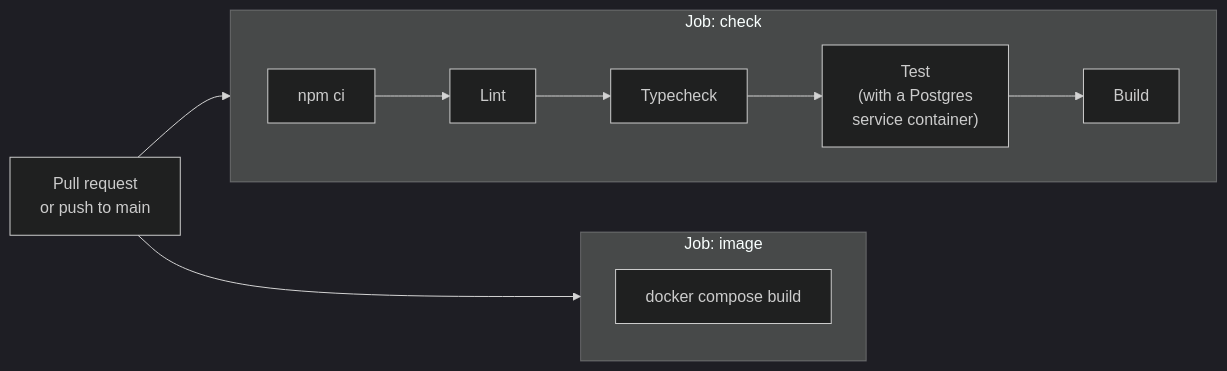
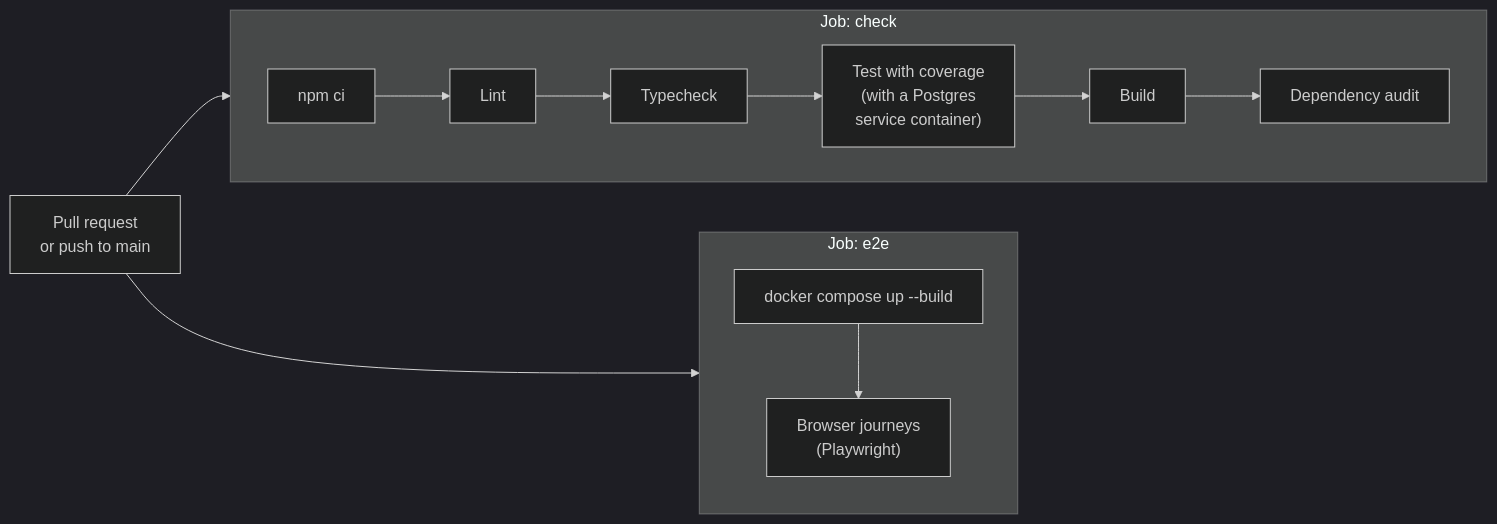
Diagram 11 of 11 in docs/architecture.md (CynthiaTaylorEPAM/CozyBookstore), drawn with Mermaid (dark theme) before and after one commit. The commit also changed other lines of this file and 65 other files, not shown here.

````diff
--- a/docs/architecture.md
+++ b/docs/architecture.md
@@ -458,14 +458,14 @@
 ```mermaid
 flowchart LR
   pr["Pull request<br/>or push to main"] --> check
   pr --> image
 
   subgraph check["Job: check"]
     direction LR
-    install["npm ci"] --> lint["Lint"] --> types["Typecheck"] --> test["Test<br/>(with a Postgres<br/>service container)"] --> build["Build"]
+    install["npm ci"] --> lint["Lint"] --> types["Typecheck"] --> test["Test with coverage<br/>(with a Postgres<br/>service container)"] --> build["Build"] --> audit["Dependency audit"]
   end
 
-  subgraph image["Job: image"]
-    docker["docker compose build"]
+  subgraph image["Job: e2e"]
+    docker["docker compose up --build"] --> journeys["Browser journeys<br/>(Playwright)"]
   end
 ```
````
